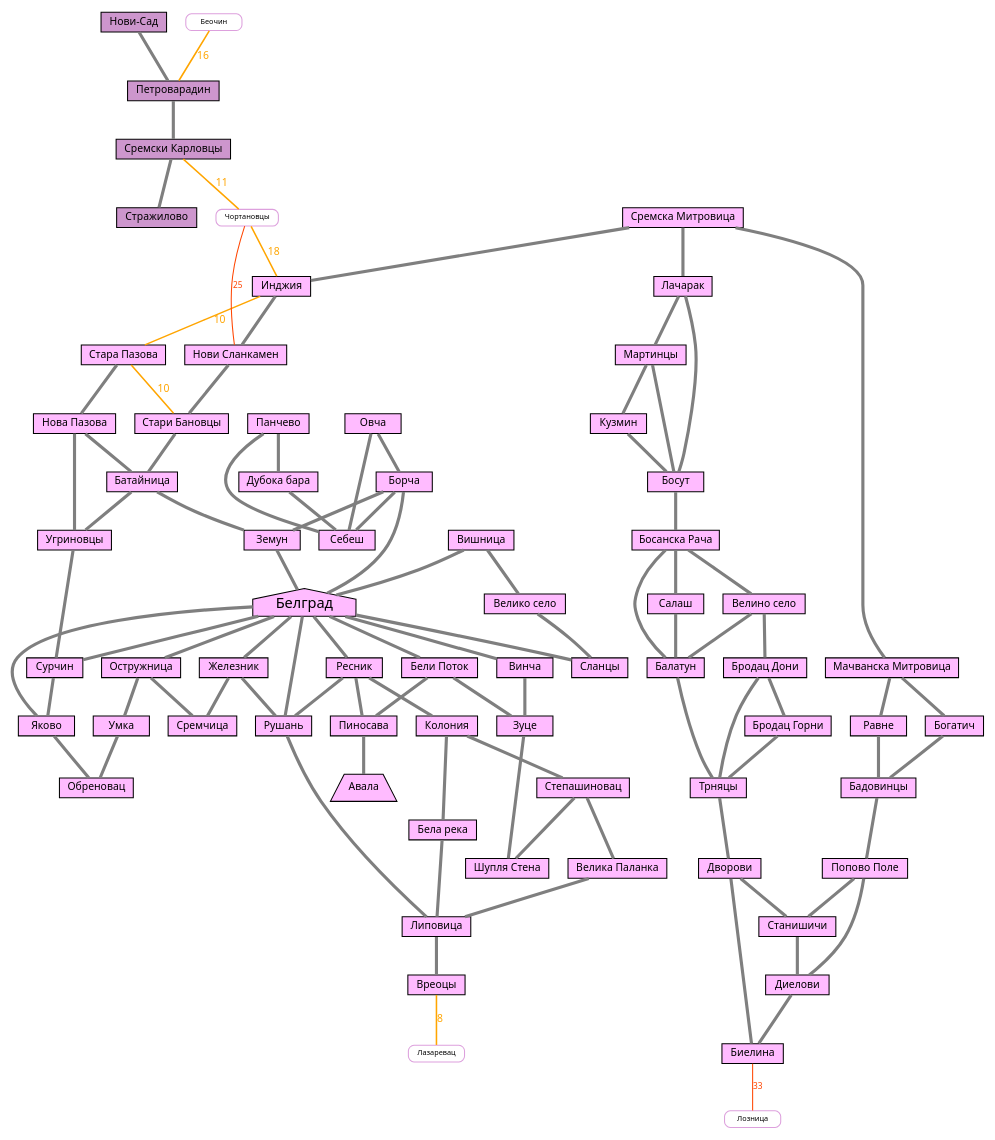
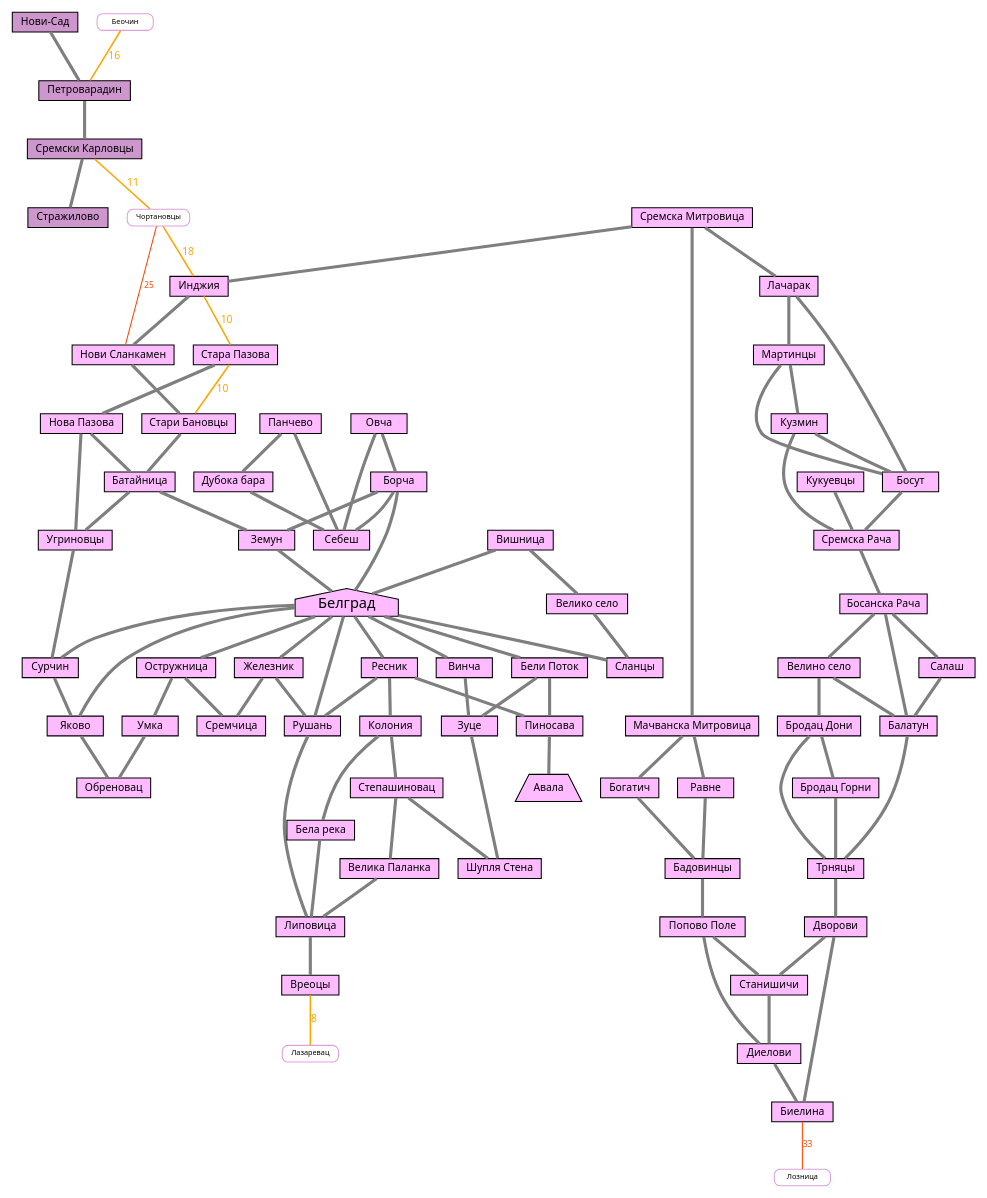
The diagram in serbia.dot (shoorick/bike-area), drawn with Graphviz before and after one commit. The commit also changed 5 other files, not shown here.

Commit message:
Expand Serbian graph: ride Sremska Rača ↔ roads A7 → A3 → Kukujevci

```diff
--- a/serbia.dot
+++ b/serbia.dot
@@ -1,83 +1,84 @@
 graph G {
     node [ shape=box, fontsize=10, fontname="Noto Sans,sans", style=filled, height=0.2 ]
     edge [ color=gray50, penwidth=3, fontname="Noto Sans,sans" ]
     graph [ overlap=false ]
 
     subgraph belgrade {
     node [ fillcolor=plum1 ]
     Белград [ shape=house, fontsize=14, margin=0.01 ]
     Авала [ shape=trapezium, margin=0.01 ]
 
     "Стара Пазова" -- "Нова Пазова" -- Батайница -- Земун -- Белград
     Белград -- {Ресник Рушань Сланцы Сурчин}
     Вишница -- "Велико село" -- Сланцы
     Вишница -- Белград
     Ресник -- Рушань -- Липовица -- Вреоцы
     Ресник -- Пиносава
     Ресник -- Колония -- "Бела река" -- Липовица
     Степашиновац -- "Велика Паланка" -- Липовица
     Колония -- Степашиновац -- "Шупля Стена"
     Белград -- Винча -- Зуце -- "Шупля Стена"
     Белград -- "Бели Поток" -- Зуце
     "Бели Поток" -- Пиносава -- Авала
     Белград -- Железник -- Рушань
     "Сремска Митровица" -- Инджия -- "Нови Сланкамен" -- "Стари Бановцы" -- Батайница
     "Нова Пазова" -- Угриновцы
     Батайница -- Угриновцы -- Сурчин -- Яково
     Овча -- Борча -- Белград -- Яково -- Обреновац
     Белград -- Остружница -- Умка -- Обреновац
     { Железник Остружница } -- Сремчица
     Овча -- Себеш
     Борча -- Себеш
     Борча -- Земун
     Панчево -- Себеш
     Панчево -- "Дубока бара" -- Себеш
 
     "Сремска Митровица" -- Лачарак -- Мартинцы -- Кузмин -- Босут
     Лачарак -- Босут
-    Мартинцы -- Босут -- "Босанска Рача" -- Балатун -- Трняцы
+    Мартинцы -- Босут -- "Сремска Рача" -- "Босанска Рача" -- Балатун -- Трняцы
+    { Кукуевцы Кузмин } -- "Сремска Рача"
     "Босанска Рача" -- "Велино село" -- "Бродац Дони" -- "Бродац Горни" -- Трняцы
     "Босанска Рача" -- Салаш -- Балатун
     "Велино село" -- Балатун
     "Бродац Дони" -- Трняцы -- Дворови -- Биелина
     Дворови -- Станишичи -- Диелови -- Биелина
     "Сремска Митровица" -- "Мачванска Митровица" -- { Равне Богатич } -- Бадовинцы
     Бадовинцы -- "Попово Поле" -- Станишичи
     "Попово Поле" -- Диелови
 }
 
 subgraph novisad {
     node [ fillcolor=plum3 ]
 
     "Нови-Сад" -- Петроварадин -- "Сремски Карловцы" -- Стражилово
 }
 
 subgraph failed {
     node [ shape=Mrecord,fillcolor=white,color=plum,fontsize=7, height=0.1 ]
 
     // Ближайшие — можно пройти за час, до 15-20 км
     edge [ color=orange, fontcolor=orange, fontsize=10, penwidth=1.5 ]
     Инджия -- "Стара Пазова" [ label=10 ]
     "Стара Пазова" -- "Стари Бановцы" [ label=10 ]
     Вреоцы -- Лазаревац [ label=8 ]
 
     Беочин -- Петроварадин [ label=16 ]
     "Сремски Карловцы" -- Чортановцы [ label=11 ]
     Чортановцы -- Инджия [ label=18 ]
 
     // Ближние, до 40 км
     edge [ color=orangered, fontcolor=orangered, fontsize=8, penwidth=1 ]
     Чортановцы -- "Нови Сланкамен" [ label=25 ]
     Биелина -- Лозница [ label=33 ]
 
     // Средние — можно пройти за день
     // edge [ color=red, fontcolor=red, style="dashed" ]
 
     // Дальние (от 100 км)
     //edge [ color=plum, fontcolor=plum, style="dotted" ]
 
     // Самые дальние — нереально проехать
     // edge [ color=skyblue, fontcolor=skyblue ]
 }
 
 }
```
